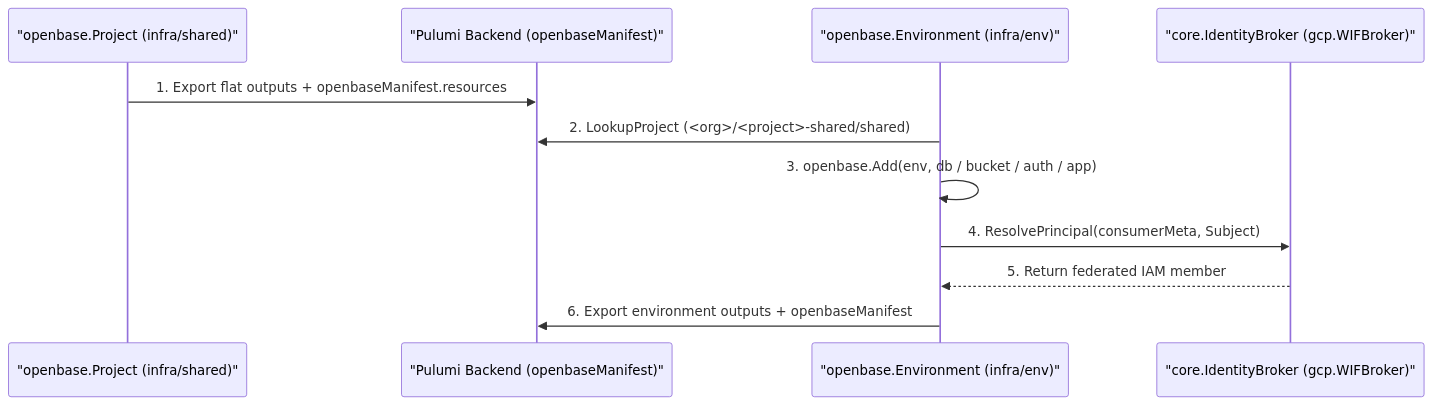
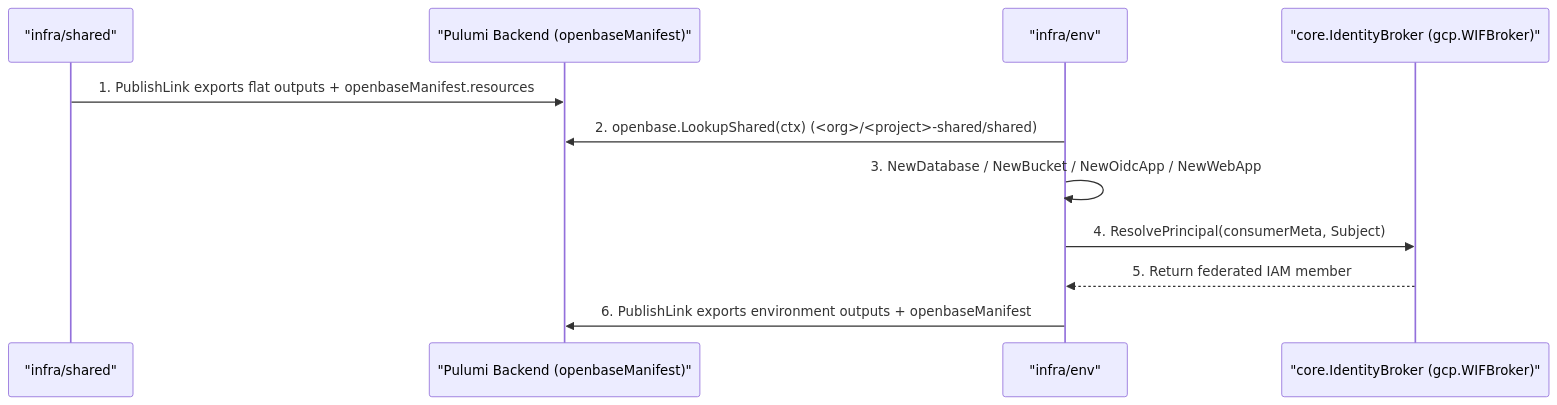
One commit to cloudvoyant/openbase changed the second of 2 diagrams in docs/architecture/scopes.md. Above: the diagram before and after it, drawn with Mermaid. The commit also changed other lines of this file and 70 other files, not shown here.

````diff
--- a/docs/architecture/scopes.md
+++ b/docs/architecture/scopes.md
@@ -52,14 +52,14 @@
 ```mermaid
 sequenceDiagram
-    participant Shared as "openbase.Project (infra/shared)"
+    participant Shared as "infra/shared"
     participant State as "Pulumi Backend (openbaseManifest)"
-    participant Env as "openbase.Environment (infra/env)"
+    participant Env as "infra/env"
     participant Broker as "core.IdentityBroker (gcp.WIFBroker)"
 
-    Shared->>State: 1. Export flat outputs + openbaseManifest.resources
-    Env->>State: 2. LookupProject (<org>/<project>-shared/shared)
-    Env->>Env: 3. openbase.Add(env, db / bucket / auth / app)
+    Shared->>State: 1. PublishLink exports flat outputs + openbaseManifest.resources
+    Env->>State: 2. openbase.LookupShared(ctx) (<org>/<project>-shared/shared)
+    Env->>Env: 3. NewDatabase / NewBucket / NewOidcApp / NewWebApp
     Env->>Broker: 4. ResolvePrincipal(consumerMeta, Subject)
     Broker-->>Env: 5. Return federated IAM member
-    Env->>State: 6. Export environment outputs + openbaseManifest
+    Env->>State: 6. PublishLink exports environment outputs + openbaseManifest
 ```
````
